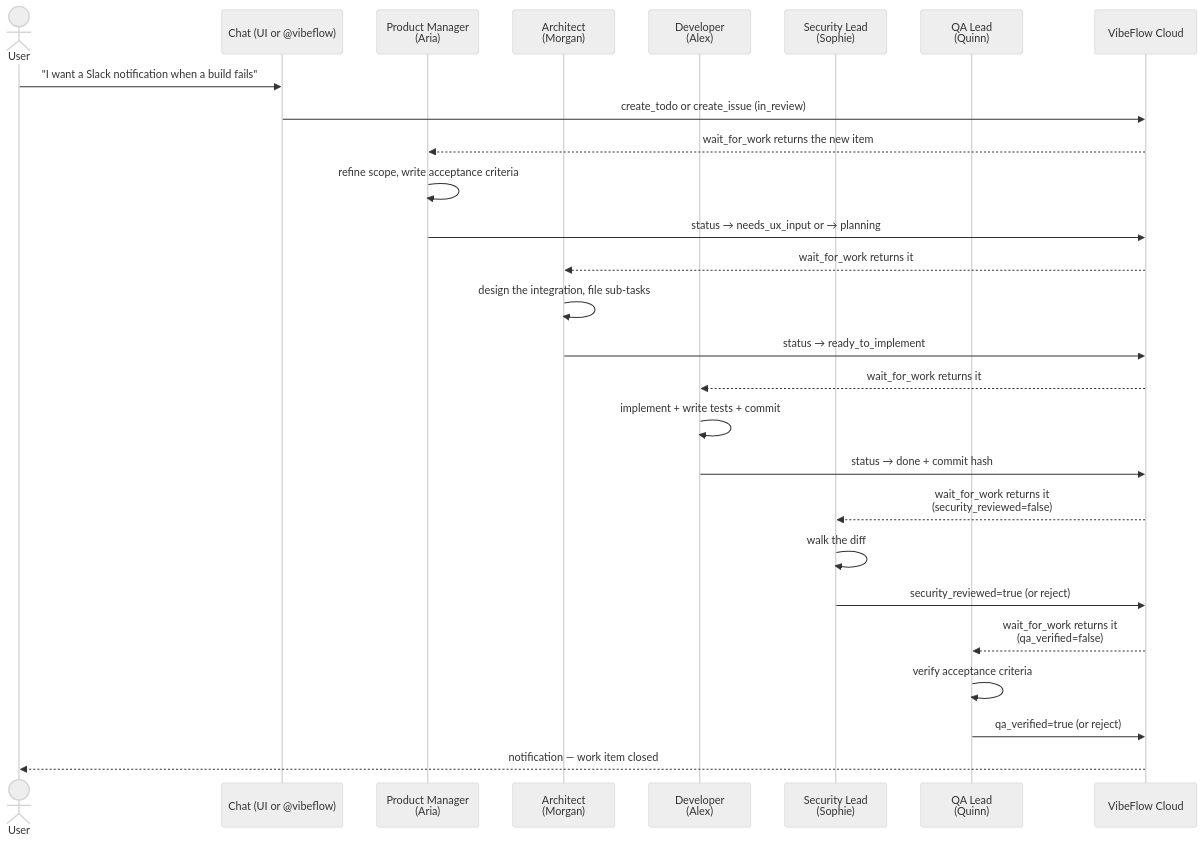
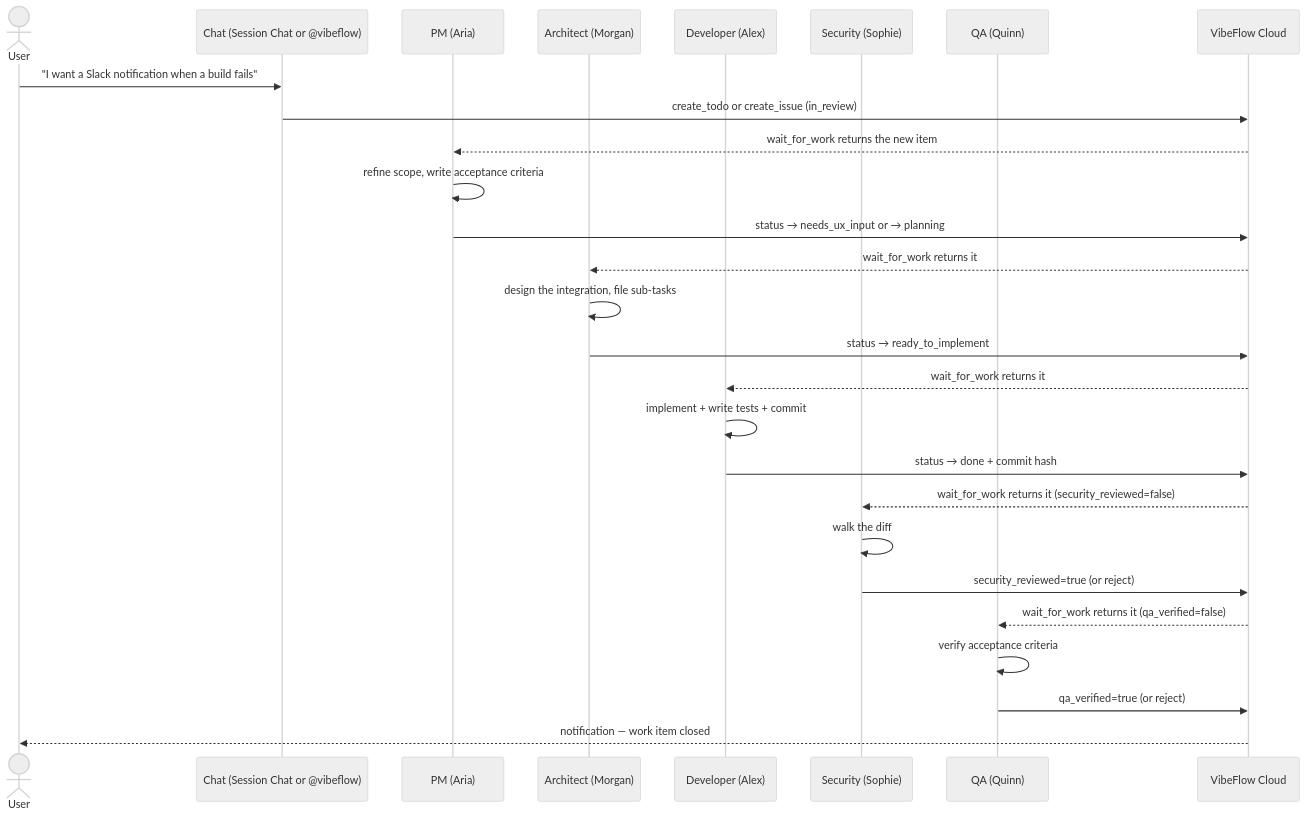
One commit to axiom-studio/vscode-vibeflow changed the fifth of 7 diagrams in docs/cursor-vibeflow/docs/workflows-and-flows.md. Above: the diagram before and after it, drawn with Mermaid (neutral theme). The commit also changed other lines of this file and 29 other files, not shown here.

````diff
--- a/docs/cursor-vibeflow/docs/workflows-and-flows.md
+++ b/docs/cursor-vibeflow/docs/workflows-and-flows.md
@@ -213,30 +174,30 @@
 ```mermaid
 sequenceDiagram
     actor User
-    participant Chat as Chat (UI or @vibeflow)
-    participant PM as Product Manager<br/>(Aria)
-    participant Arch as Architect<br/>(Morgan)
-    participant Dev as Developer<br/>(Alex)
-    participant Sec as Security Lead<br/>(Sophie)
-    participant QA as QA Lead<br/>(Quinn)
+    participant Chat as Chat (Session Chat or @vibeflow)
+    participant PM as PM (Aria)
+    participant Arch as Architect (Morgan)
+    participant Dev as Developer (Alex)
+    participant Sec as Security (Sophie)
+    participant QA as QA (Quinn)
     participant Server as VibeFlow Cloud
 
     User->>Chat: "I want a Slack notification when a build fails"
     Chat->>Server: create_todo or create_issue (in_review)
     Server-->>PM: wait_for_work returns the new item
     PM->>PM: refine scope, write acceptance criteria
     PM->>Server: status → needs_ux_input or → planning
     Server-->>Arch: wait_for_work returns it
     Arch->>Arch: design the integration, file sub-tasks
     Arch->>Server: status → ready_to_implement
     Server-->>Dev: wait_for_work returns it
     Dev->>Dev: implement + write tests + commit
     Dev->>Server: status → done + commit hash
-    Server-->>Sec: wait_for_work returns it<br/>(security_reviewed=false)
+    Server-->>Sec: wait_for_work returns it (security_reviewed=false)
     Sec->>Sec: walk the diff
     Sec->>Server: security_reviewed=true (or reject)
-    Server-->>QA: wait_for_work returns it<br/>(qa_verified=false)
+    Server-->>QA: wait_for_work returns it (qa_verified=false)
     QA->>QA: verify acceptance criteria
     QA->>Server: qa_verified=true (or reject)
     Server-->>User: notification — work item closed
 ```
````
